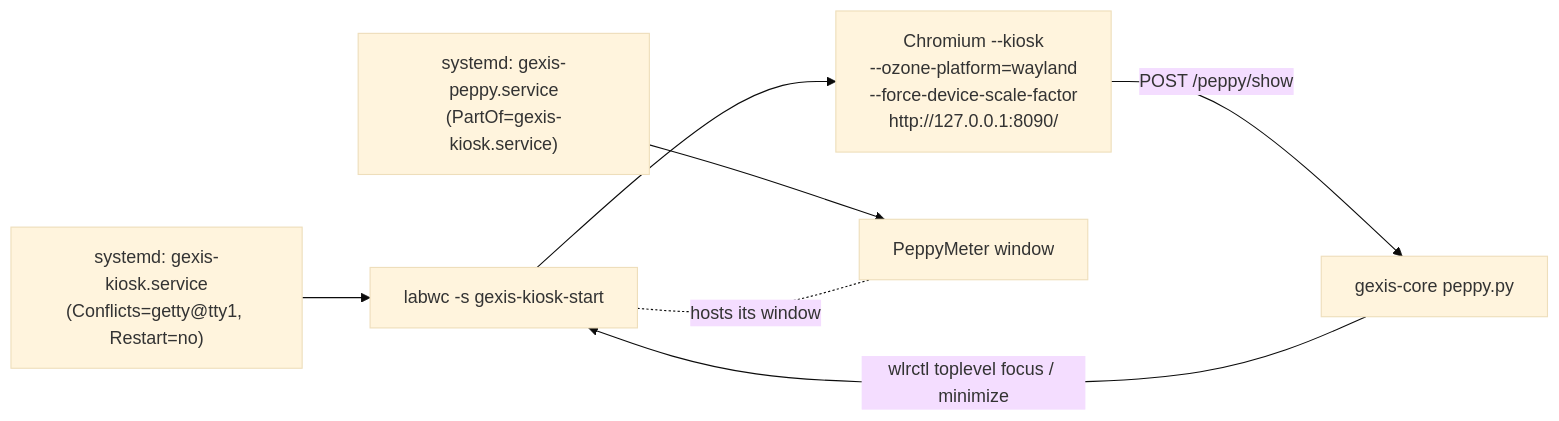
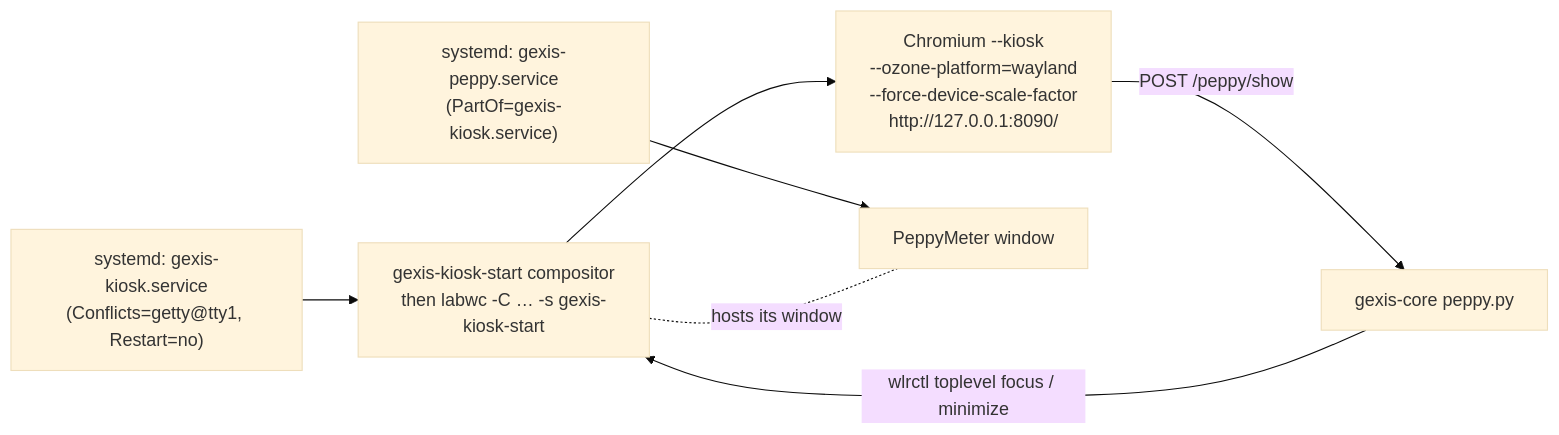
Before and after one commit to gcarstoiu/gexis-player: the seventh of 7 diagrams in docs/tech/ui.md, drawn with Mermaid (base theme). The commit also changed other lines of this file and 7 other files, not shown here.

````diff
--- a/docs/tech/ui.md
+++ b/docs/tech/ui.md
@@ -461,9 +463,9 @@
 ```mermaid
 flowchart LR
-  SD["systemd: gexis-kiosk.service<br/>(Conflicts=getty@tty1, Restart=no)"] --> LW["labwc -s gexis-kiosk-start"]
+  SD["systemd: gexis-kiosk.service<br/>(Conflicts=getty@tty1, Restart=no)"] --> LW["gexis-kiosk-start compositor<br/>then labwc -C … -s gexis-kiosk-start"]
   LW --> CR["Chromium --kiosk<br/>--ozone-platform=wayland<br/>--force-device-scale-factor<br/>http://127.0.0.1:8090/"]
   SP["systemd: gexis-peppy.service<br/>(PartOf=gexis-kiosk.service)"] --> PY["PeppyMeter window"]
   LW -. "hosts its window" .- PY
   CORE[gexis-core peppy.py] -- "wlrctl toplevel focus / minimize" --> LW
   CR -- "POST /peppy/show" --> CORE
 ```
````
